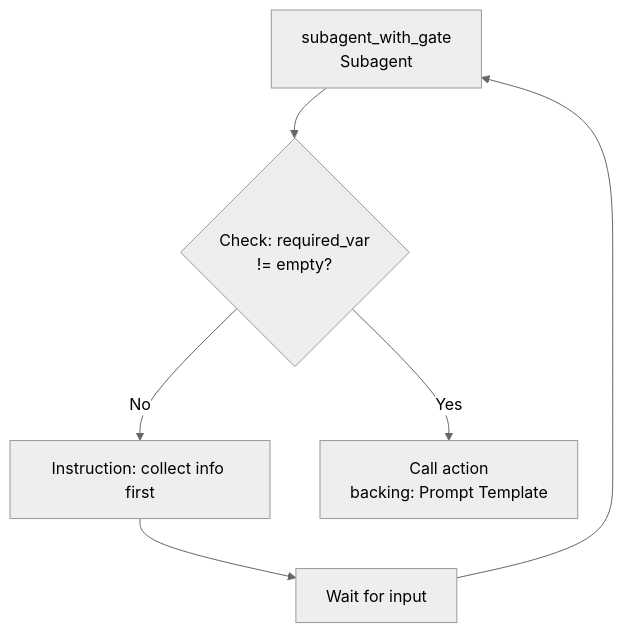
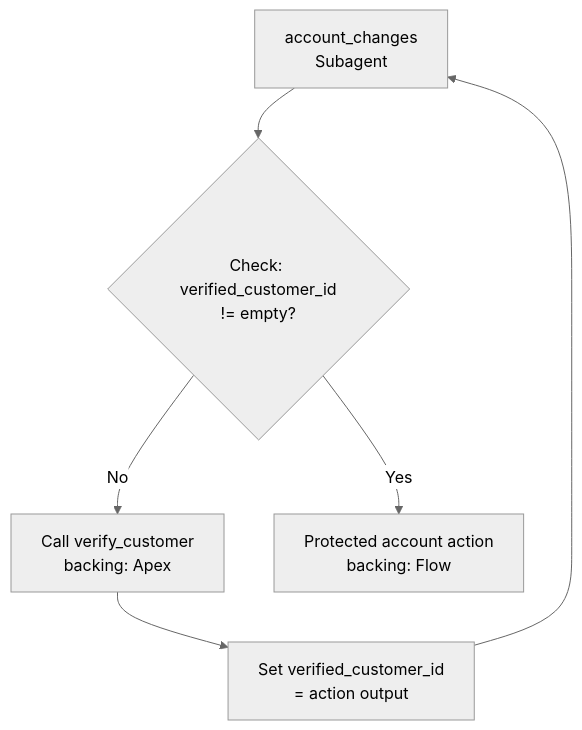
One commit to gabrielmoreira/agent-skills-mirror changed the eighth of 12 diagrams in mirrors/repos/forcedotcom@sf-skills/skills/agentforce-generate/references/agent-subagent-map-diagrams.md. Above: the diagram before and after it, drawn with Mermaid. The commit also changed other lines of this file and 6617 other files, not shown here.

````diff
--- a/mirrors/repos/forcedotcom@sf-skills/skills/agentforce-generate/references/agent-subagent-map-diagrams.md
+++ b/mirrors/repos/forcedotcom@sf-skills/skills/agentforce-generate/references/agent-subagent-map-diagrams.md
@@ -158,10 +166,10 @@
 ```mermaid
 %%{init: {'theme':'neutral'}}%%
 graph TD
-    A[subagent_with_gate<br/>Subagent]
-    A --> B{Check: required_var<br/>!= empty?}
-    B -->|No| C[Instruction: collect info first]
-    B -->|Yes| D[Call action<br/>backing: Prompt Template]
-    C --> E[Wait for input]
+    A[account_changes<br/>Subagent]
+    A --> B{Check: verified_customer_id<br/>!= empty?}
+    B -->|No| C[Call verify_customer<br/>backing: Apex]
+    B -->|Yes| D[Protected account action<br/>backing: Flow]
+    C --> E[Set verified_customer_id<br/>= action output]
     E --> A
 ```
````
